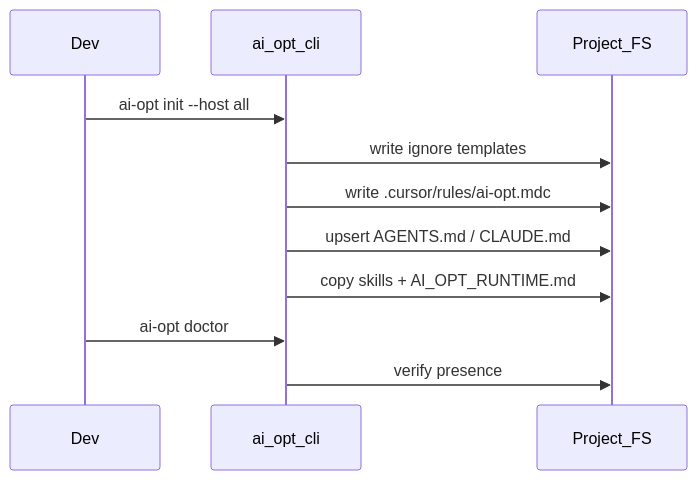
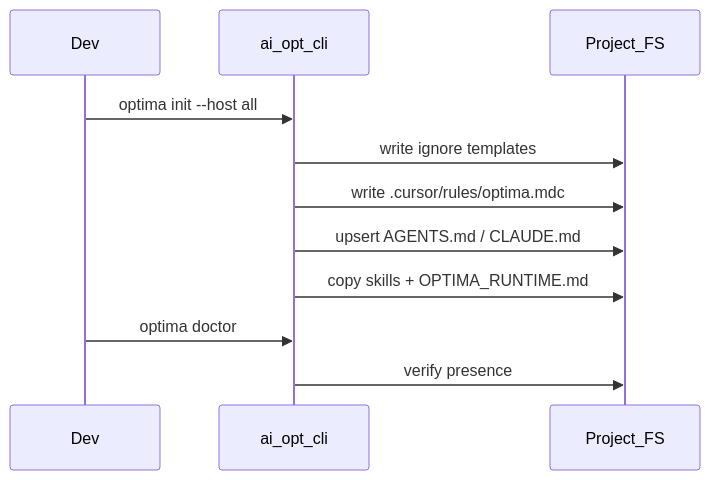
One commit to julienlhk/optima changed the second of 4 diagrams in docs/architecture.md. Above: the diagram before and after it, drawn with Mermaid. The commit also changed other lines of this file and 52 other files, not shown here.

````diff
--- a/docs/architecture.md
+++ b/docs/architecture.md
@@ -41,13 +41,13 @@
 ```mermaid
 sequenceDiagram
   participant Dev
   participant CLI as ai_opt_cli
   participant FS as Project_FS
-  Dev->>CLI: ai-opt init --host all
+  Dev->>CLI: optima init --host all
   CLI->>FS: write ignore templates
-  CLI->>FS: write .cursor/rules/ai-opt.mdc
+  CLI->>FS: write .cursor/rules/optima.mdc
   CLI->>FS: upsert AGENTS.md / CLAUDE.md
-  CLI->>FS: copy skills + AI_OPT_RUNTIME.md
-  Dev->>CLI: ai-opt doctor
+  CLI->>FS: copy skills + OPTIMA_RUNTIME.md
+  Dev->>CLI: optima doctor
   CLI->>FS: verify presence
 ```
````
